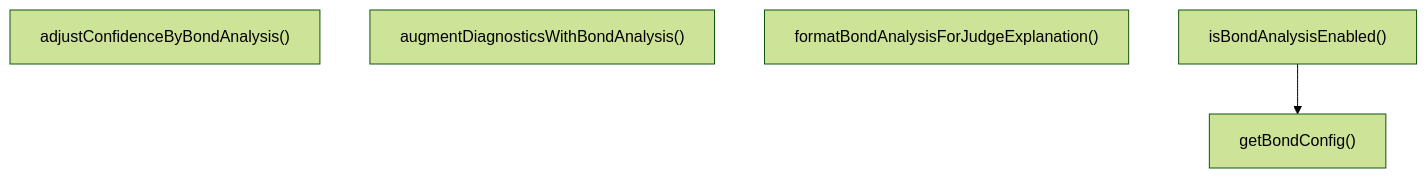
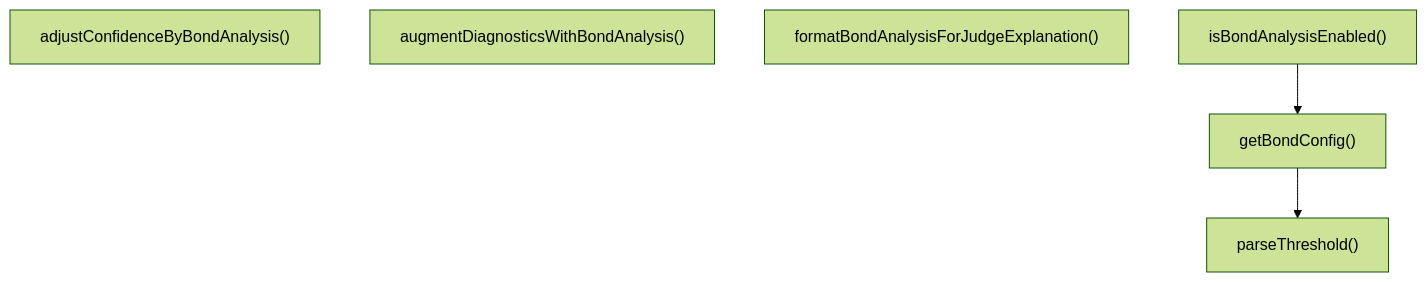
Before and after one commit to Mekann2904/mekann: the third of 4 diagrams in ABDD/.pi/extensions/agent-teams/bond-integration.md, drawn with Mermaid (forest theme). The commit also changed other lines of this file and 189 other files, not shown here.

````diff
--- a/ABDD/.pi/extensions/agent-teams/bond-integration.md
+++ b/ABDD/.pi/extensions/agent-teams/bond-integration.md
@@ -74,9 +74,11 @@
 ```mermaid
 flowchart TD
   adjustConfidenceByBondAnalysis["adjustConfidenceByBondAnalysis()"]
   augmentDiagnosticsWithBondAnalysis["augmentDiagnosticsWithBondAnalysis()"]
   formatBondAnalysisForJudgeExplanation["formatBondAnalysisForJudgeExplanation()"]
   getBondConfig["getBondConfig()"]
   isBondAnalysisEnabled["isBondAnalysisEnabled()"]
+  parseThreshold["parseThreshold()"]
+  getBondConfig --> parseThreshold
   isBondAnalysisEnabled --> getBondConfig
 ```
````
